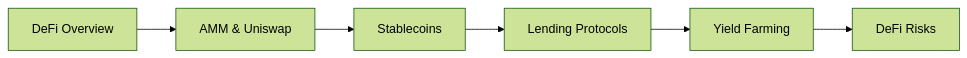
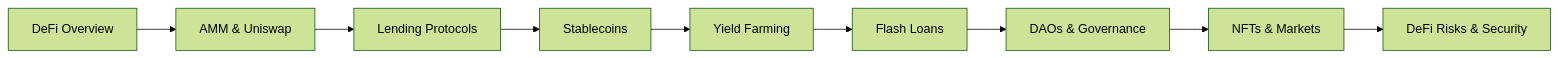
One commit to Raushan666java/ai-engineering-journey changed the first of 7 diagrams in docs/courses/blockchain/08-defi.md. Above: the diagram before and after it, drawn with Mermaid (forest theme). The commit also changed other lines of this file and 62 other files, not shown here.

````diff
--- a/docs/courses/blockchain/08-defi.md
+++ b/docs/courses/blockchain/08-defi.md
@@ -27,8 +32,11 @@
 ```mermaid
 flowchart LR
     A[DeFi Overview] --> B[AMM & Uniswap]
-    B --> C[Stablecoins]
-    C --> D[Lending Protocols]
+    B --> C[Lending Protocols]
+    C --> D[Stablecoins]
     D --> E[Yield Farming]
-    E --> F[DeFi Risks]
+    E --> F[Flash Loans]
+    F --> G[DAOs & Governance]
+    G --> H[NFTs & Markets]
+    H --> I[DeFi Risks & Security]
 ```
````
